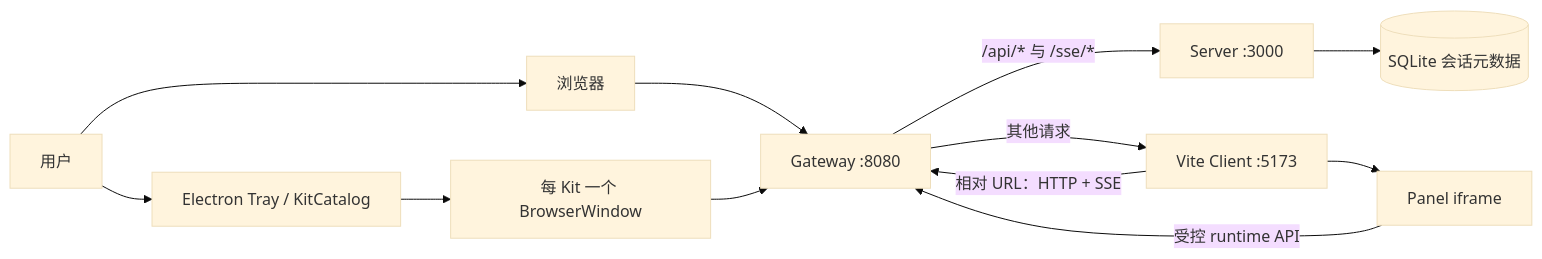
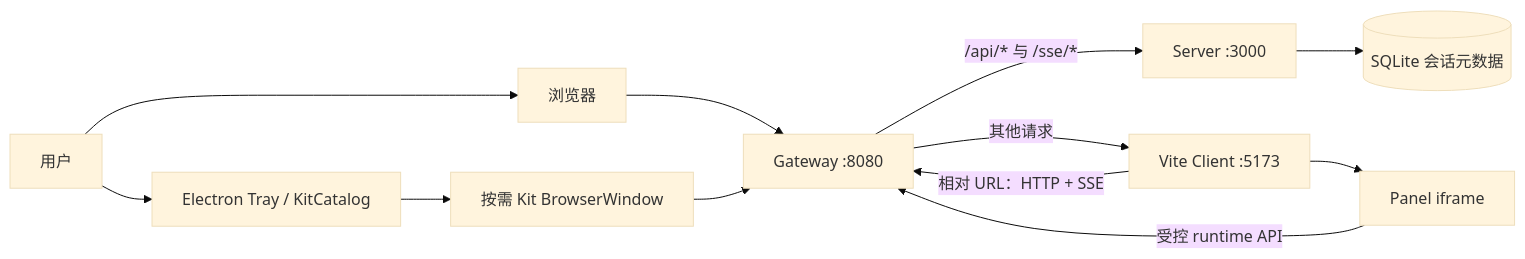
The first of 2 diagrams in docs/architecture/system-overview.md (itharbors/harbors), drawn with Mermaid (base theme) before and after one commit. The commit also changed other lines of this file and 84 other files, not shown here.

````diff
--- a/docs/architecture/system-overview.md
+++ b/docs/architecture/system-overview.md
@@ -9,24 +9,24 @@
 ```mermaid
 flowchart LR
     User["用户"]
     Browser["浏览器"]
     Tray["Electron Tray / KitCatalog"]
-    Electron["每 Kit 一个 BrowserWindow"]
+    Electron["按需 Kit BrowserWindow"]
     Gateway["Gateway :8080"]
     Server["Server :3000"]
     Client["Vite Client :5173"]
     DB[("SQLite 会话元数据")]
     Panel["Panel iframe"]
 
     User --> Browser
     User --> Tray
     Tray --> Electron
     Browser --> Gateway
     Electron --> Gateway
     Gateway -- "/api/* 与 /sse/*" --> Server
     Gateway -- "其他请求" --> Client
     Server --> DB
     Client --> Panel
     Client -- "相对 URL：HTTP + SSE" --> Gateway
     Panel -- "受控 runtime API" --> Gateway
 ```
````
